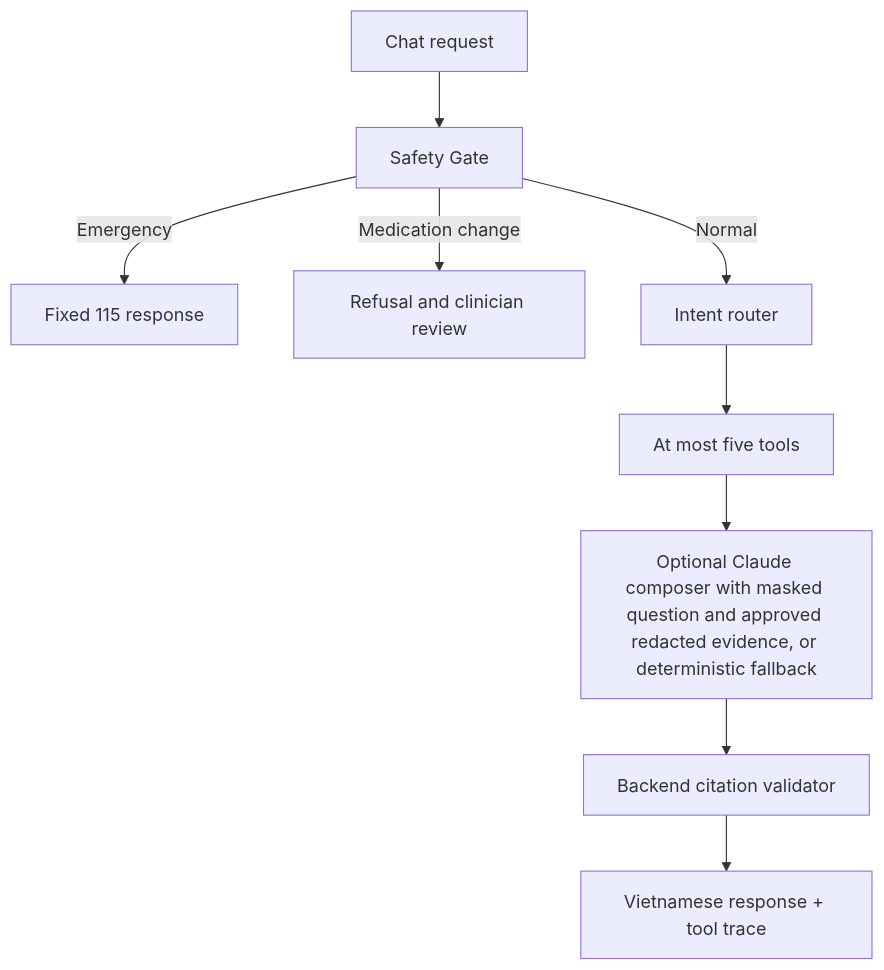
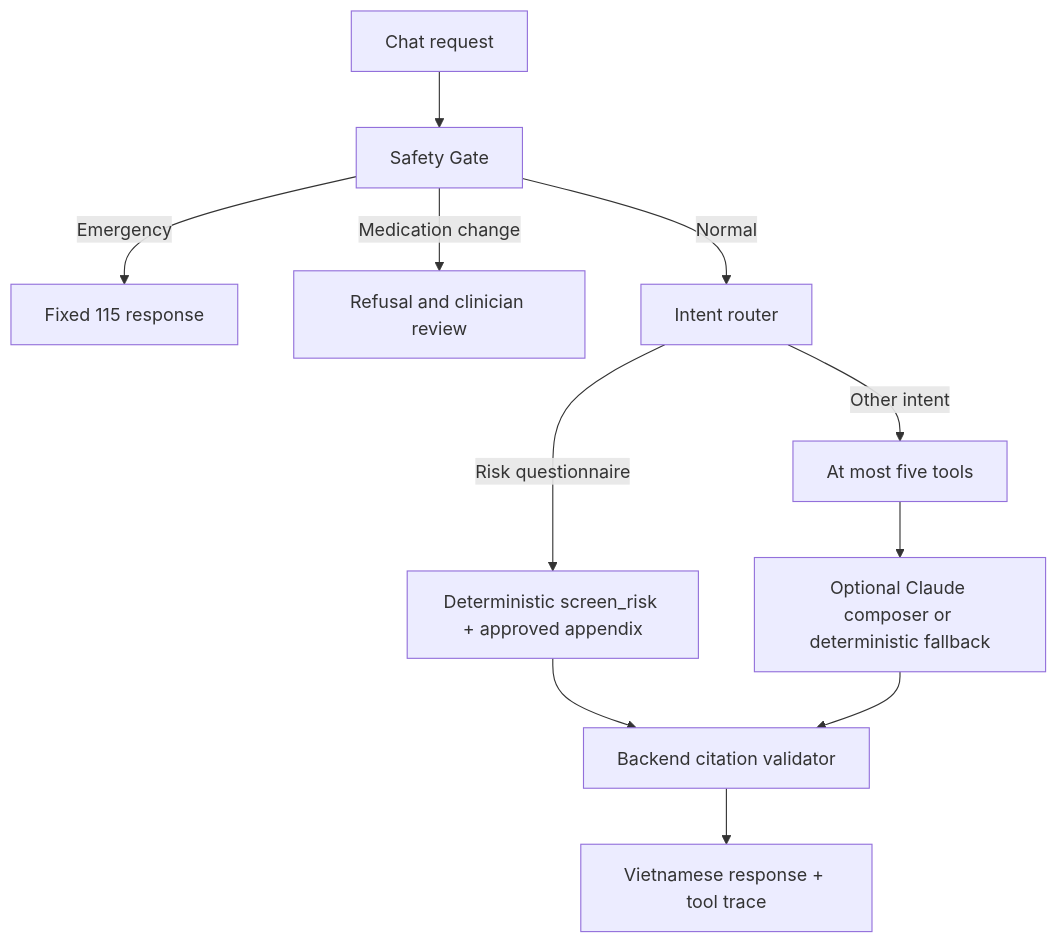
Before and after one commit to Yenvy1612/AIAgent02: the diagram in docs/AGENT_DESIGN.md, drawn with Mermaid. The commit also changed other lines of this file and 4 other files, not shown here.

````diff
--- a/docs/AGENT_DESIGN.md
+++ b/docs/AGENT_DESIGN.md
@@ -3,11 +3,13 @@
 ```mermaid
 flowchart TD
     A[Chat request] --> B[Safety Gate]
     B -->|Emergency| C[Fixed 115 response]
     B -->|Medication change| D[Refusal and clinician review]
     B -->|Normal| E[Intent router]
-    E --> F[At most five tools]
-    F --> G[Optional Claude composer with masked question and approved redacted evidence, or deterministic fallback]
-    G --> H[Backend citation validator]
-    H --> I[Vietnamese response + tool trace]
+    E -->|Risk questionnaire| F[Deterministic screen_risk + approved appendix]
+    E -->|Other intent| G[At most five tools]
+    F --> I[Backend citation validator]
+    G --> H[Optional Claude composer or deterministic fallback]
+    H --> I
+    I --> J[Vietnamese response + tool trace]
 ```
````
